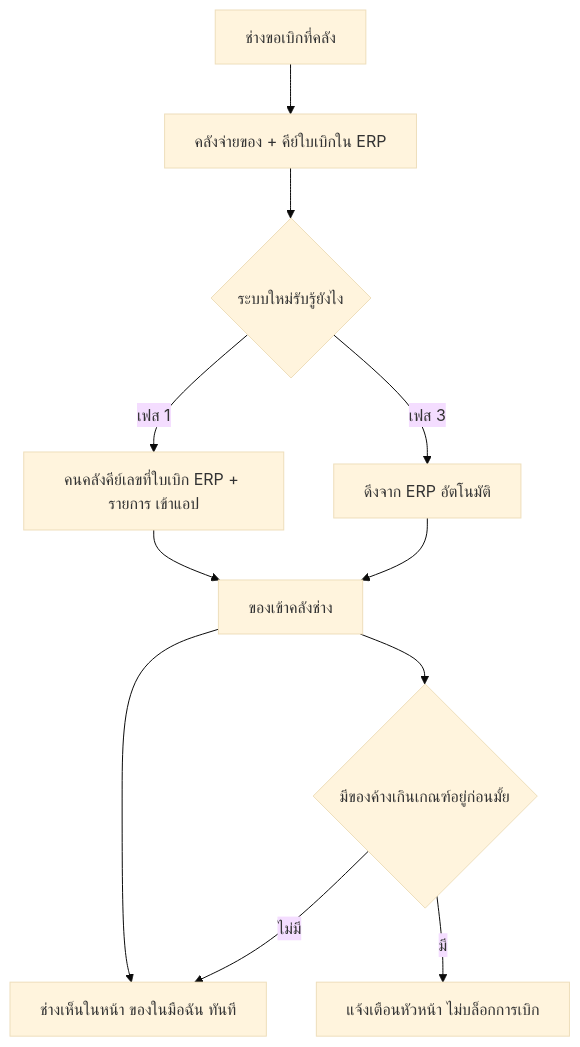
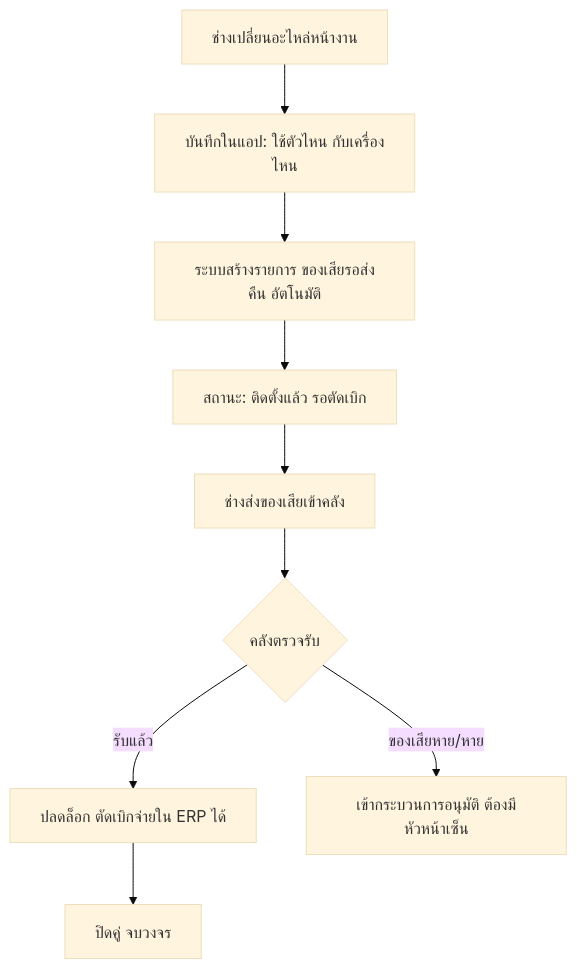
One commit to sasinbn-oss/service-app changed the first of 2 diagrams in docs/spare-part-custody-design.md. Above: the diagram before and after it, drawn with Mermaid (base theme). The commit also changed other lines of this file, not shown here.

First line of the commit message:
Rework the parts design around ERP technician warehouses

````diff
--- a/docs/spare-part-custody-design.md
+++ b/docs/spare-part-custody-design.md
@@ -131,13 +133,11 @@
 ```mermaid
 flowchart TD
-    A[ช่างขอเบิกที่คลัง] --> B[คลังจ่ายของ + คีย์ใบเบิกใน ERP]
-    B --> C{ระบบใหม่รับรู้ยังไง}
-    C -->|เฟส 1| D[คนคลังคีย์เลขที่ใบเบิก ERP + รายการ เข้าแอป]
-    C -->|เฟส 3| E[ดึงจาก ERP อัตโนมัติ]
-    D --> F[ของเข้าคลังช่าง]
-    E --> F
-    F --> G[ช่างเห็นในหน้า ของในมือฉัน ทันที]
-    F --> H{มีของค้างเกินเกณฑ์อยู่ก่อนมั้ย}
-    H -->|มี| I[แจ้งเตือนหัวหน้า ไม่บล็อกการเบิก]
-    H -->|ไม่มี| G
+    A[ช่างเปลี่ยนอะไหล่หน้างาน] --> B[บันทึกในแอป: ใช้ตัวไหน กับเครื่องไหน]
+    B --> C[ระบบสร้างรายการ ของเสียรอส่งคืน อัตโนมัติ]
+    C --> D[สถานะ: ติดตั้งแล้ว รอตัดเบิก]
+    D --> E[ช่างส่งของเสียเข้าคลัง]
+    E --> F{คลังตรวจรับ}
+    F -->|รับแล้ว| G[ปลดล็อก ตัดเบิกจ่ายใน ERP ได้]
+    F -->|ของเสียหาย/หาย| H[เข้ากระบวนการอนุมัติ ต้องมีหัวหน้าเซ็น]
+    G --> I[ปิดคู่ จบวงจร]
 ```
````
